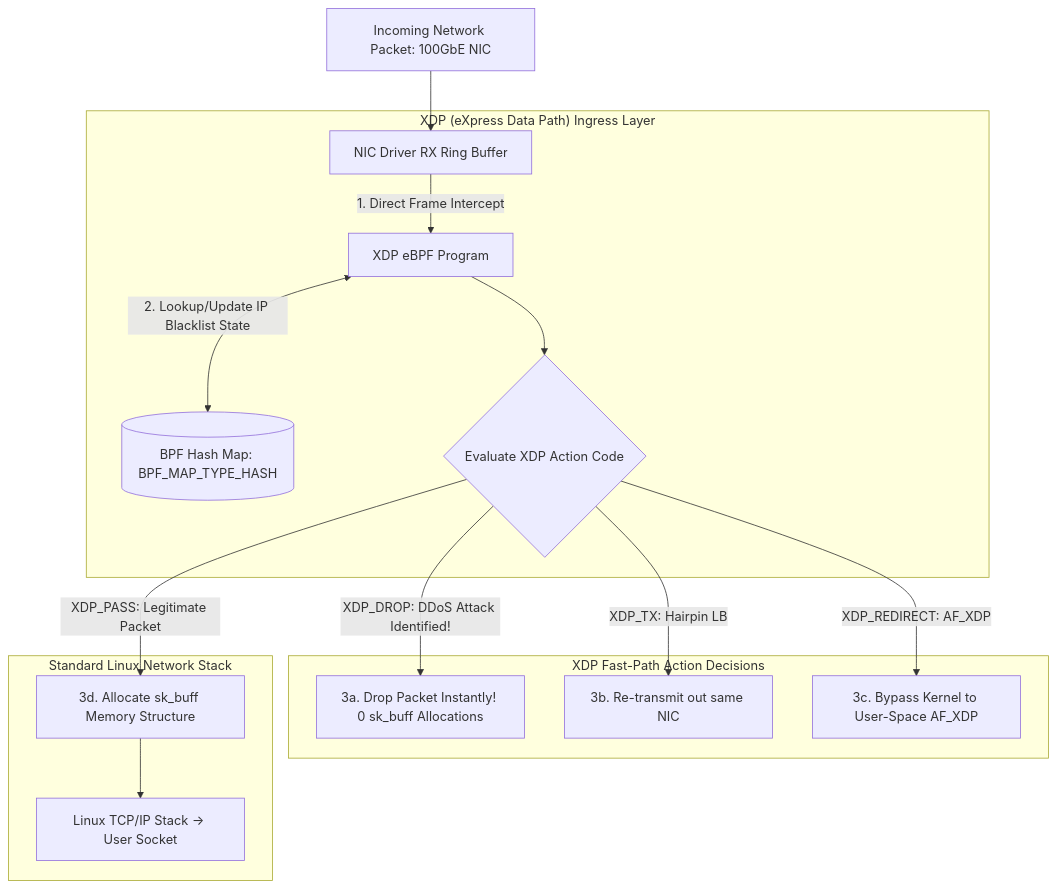
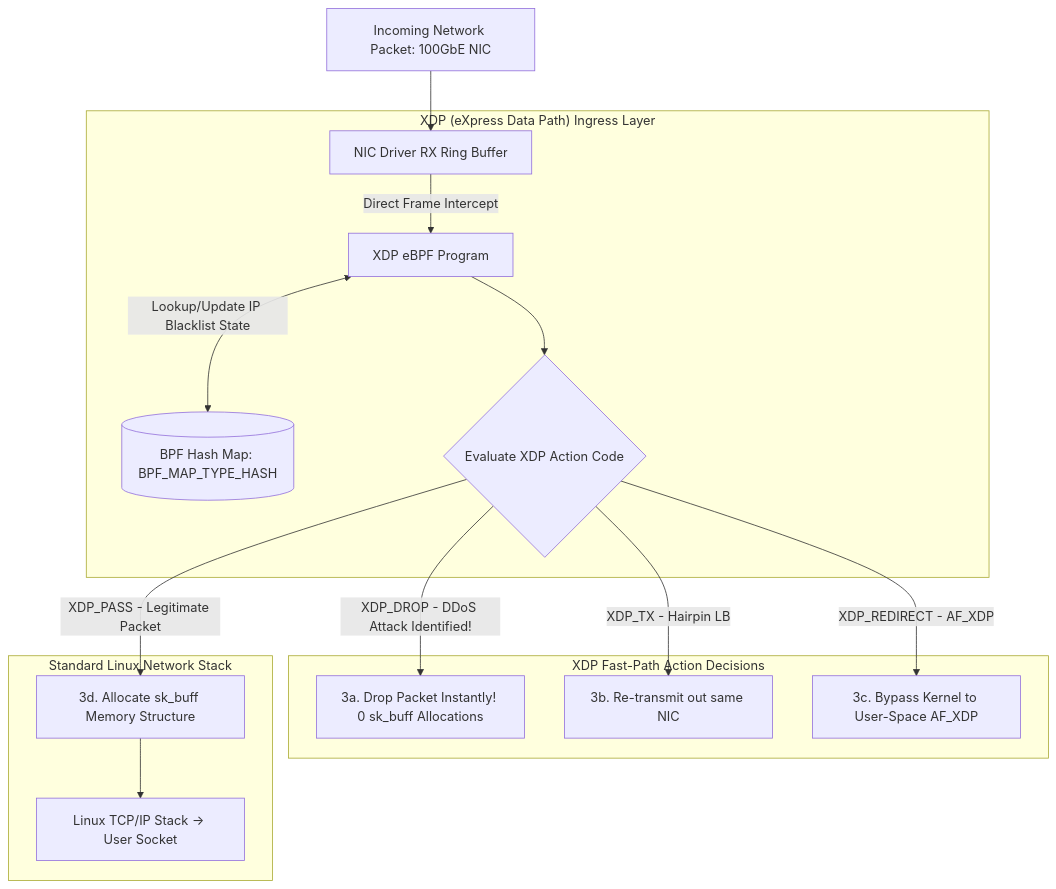
The diagram in blog/posts/high-speed-packet-processing-xdp-bpf-maps.md (akmalkhaniub/akmalkhaniub.github.io), drawn with Mermaid before and after one commit. The commit also changed 411 other files, not shown here.

````diff
--- a/blog/posts/high-speed-packet-processing-xdp-bpf-maps.md
+++ b/blog/posts/high-speed-packet-processing-xdp-bpf-maps.md
@@ -21,22 +21,22 @@
 ```mermaid
-graph TD
+flowchart TD
   Wire[Incoming Network Packet: 100GbE NIC] --> RXRing[NIC Driver RX Ring Buffer]
   
   subgraph SG1_XdpExpressData ["XDP (eXpress Data Path) Ingress Layer"]
-    RXRing -->|1. Direct Frame Intercept| XDPProg[XDP eBPF Program]
-    XDPProg <-->|2. Lookup/Update IP Blacklist State| BPFMap[(BPF Hash Map: BPF_MAP_TYPE_HASH)]
+    RXRing -->|Direct Frame Intercept| XDPProg[XDP eBPF Program]
+    XDPProg <-->|Lookup/Update IP Blacklist State| BPFMap[(BPF Hash Map: BPF_MAP_TYPE_HASH)]
     
     XDPProg --> Action{Evaluate XDP Action Code}
   end
   
   subgraph SG2_XdpFastPath ["XDP Fast-Path Action Decisions"]
-    Action -->|XDP_DROP: DDoS Attack Identified!| Drop[3a. Drop Packet Instantly! 0 sk_buff Allocations]
-    Action -->|XDP_TX: Hairpin LB| Bounce[3b. Re-transmit out same NIC]
-    Action -->|XDP_REDIRECT: AF_XDP| FastUser[3c. Bypass Kernel to User-Space AF_XDP]
+    Action -->|XDP_DROP - DDoS Attack Identified!| Drop[3a. Drop Packet Instantly! 0 sk_buff Allocations]
+    Action -->|XDP_TX - Hairpin LB| Bounce[3b. Re-transmit out same NIC]
+    Action -->|XDP_REDIRECT - AF_XDP| FastUser[3c. Bypass Kernel to User-Space AF_XDP]
   end
   
   subgraph SG3_StandardLinuxNetwork ["Standard Linux Network Stack"]
-    Action -->|XDP_PASS: Legitimate Packet| SKBAlloc[3d. Allocate sk_buff Memory Structure]
+    Action -->|XDP_PASS - Legitimate Packet| SKBAlloc[3d. Allocate sk_buff Memory Structure]
     SKBAlloc --> NetStack[Linux TCP/IP Stack -> User Socket]
   end
 ```
````
